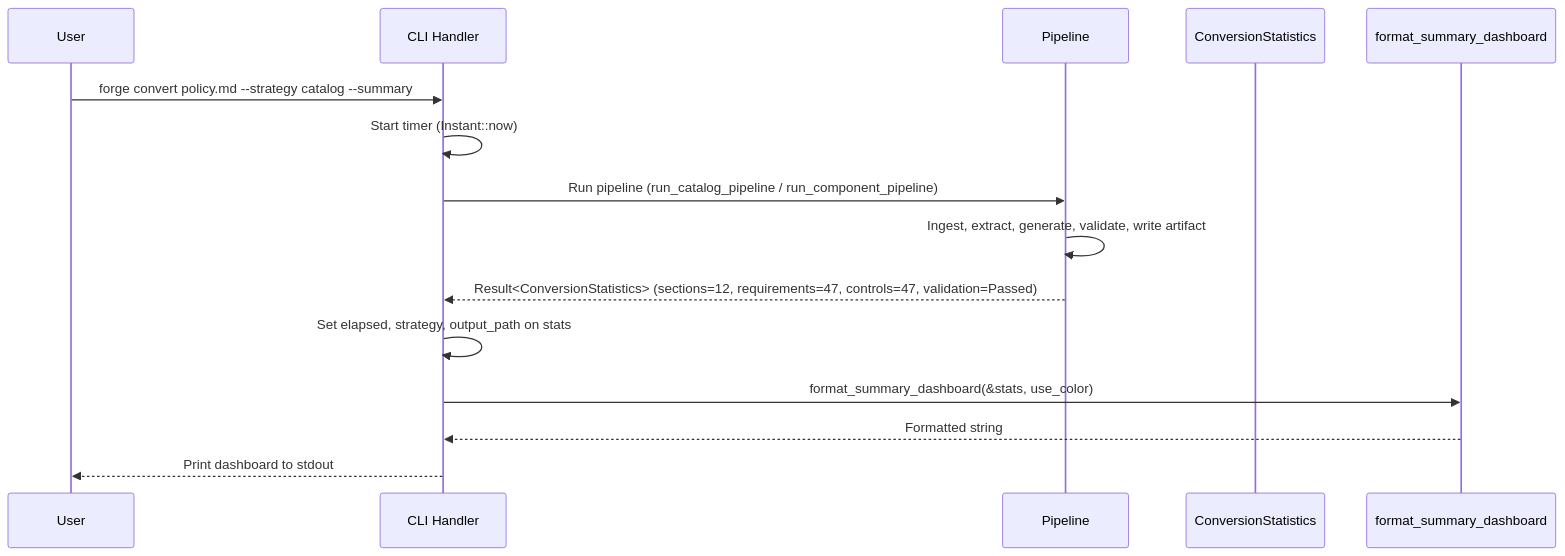
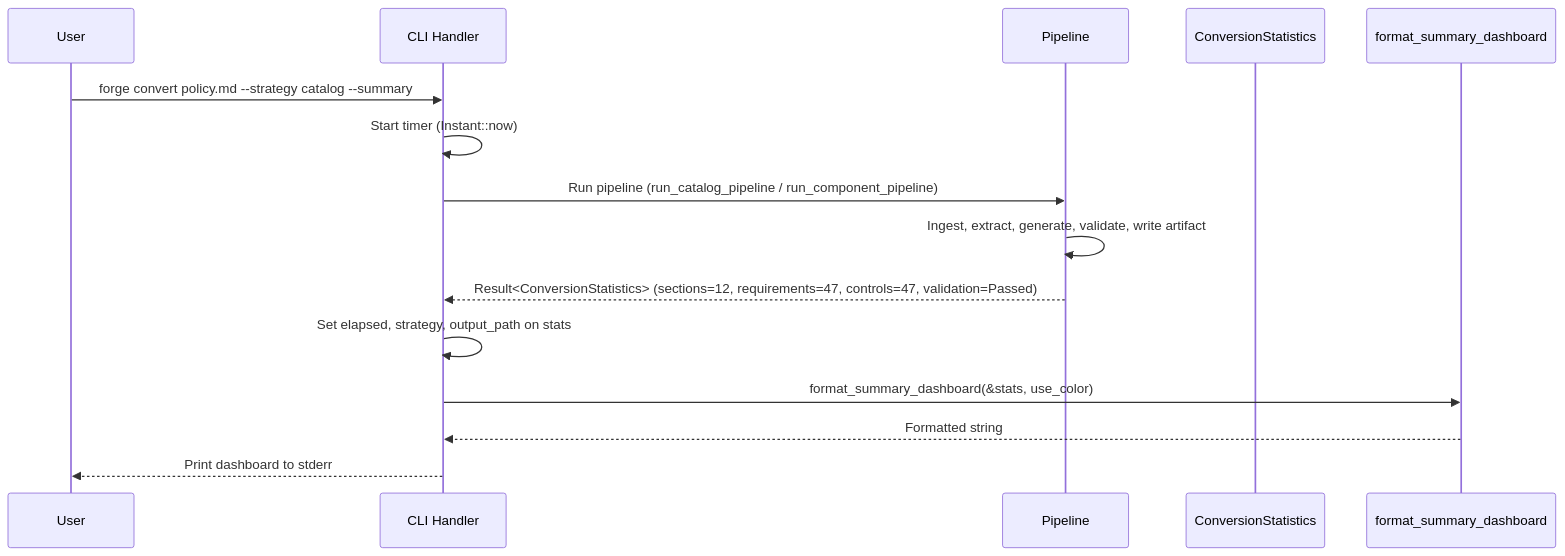
One commit to policy-forge/forge changed the sixth of 6 diagrams in docs/AR/044-ar-summary-dashboard.md. Above: the diagram before and after it, drawn with Mermaid. The commit also changed other lines of this file and 8 other files, not shown here.

````diff
--- a/docs/AR/044-ar-summary-dashboard.md
+++ b/docs/AR/044-ar-summary-dashboard.md
@@ -295,18 +295,18 @@
 ```mermaid
 sequenceDiagram
     participant U as User
     participant CLI as CLI Handler
     participant P as Pipeline
     participant S as ConversionStatistics
     participant F as format_summary_dashboard
 
     U->>CLI: forge convert policy.md --strategy catalog --summary
     CLI->>CLI: Start timer (Instant::now)
     CLI->>P: Run pipeline (run_catalog_pipeline / run_component_pipeline)
     P->>P: Ingest, extract, generate, validate, write artifact
     P-->>CLI: Result<ConversionStatistics> (sections=12, requirements=47, controls=47, validation=Passed)
     CLI->>CLI: Set elapsed, strategy, output_path on stats
     CLI->>F: format_summary_dashboard(&stats, use_color)
     F-->>CLI: Formatted string
-    CLI-->>U: Print dashboard to stdout
+    CLI-->>U: Print dashboard to stderr
 ```
````
